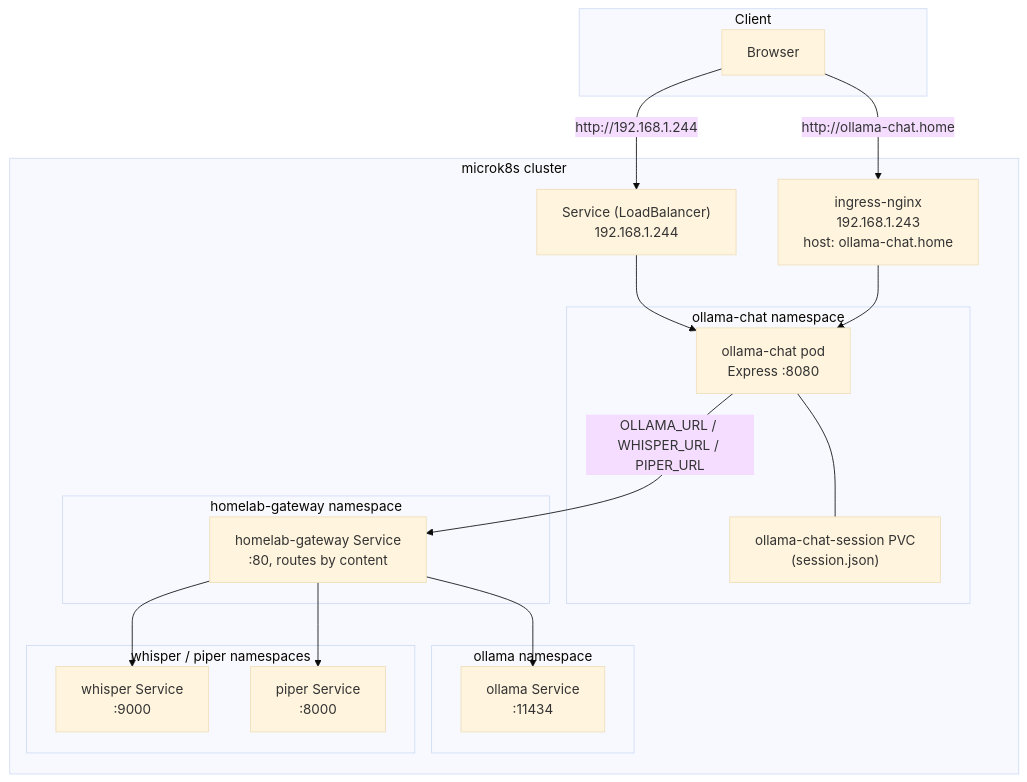
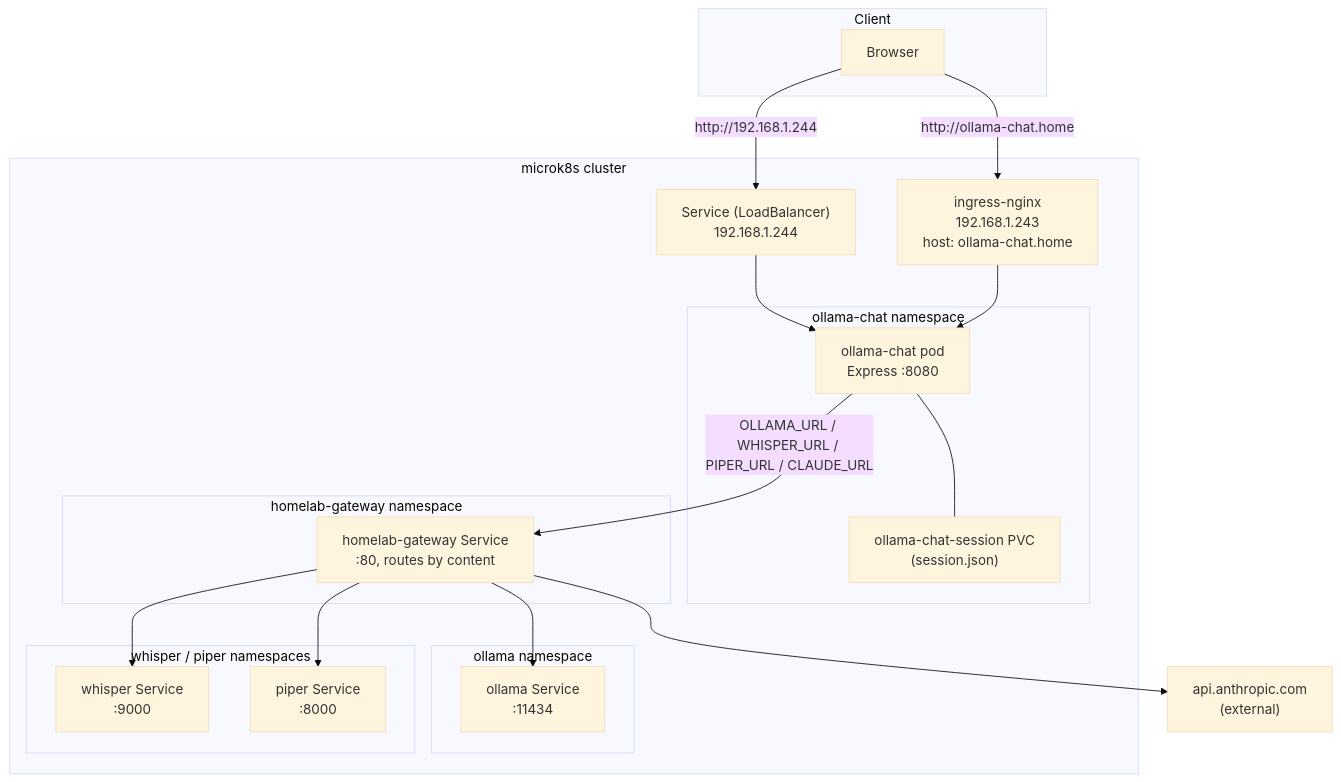
The diagram in docs/architecture.md (koydas/ollama-chat), drawn with Mermaid (base theme) before and after one commit. The commit also changed other lines of this file and 15 other files, not shown here.

````diff
--- a/docs/architecture.md
+++ b/docs/architecture.md
@@ -32,31 +36,33 @@
 ```mermaid
 flowchart TB
     subgraph Client
         Browser
     end
     subgraph "microk8s cluster"
         subgraph "ollama-chat namespace"
             Pod["ollama-chat pod<br/>Express :8080"]
             PVC["ollama-chat-session PVC<br/>(session.json)"]
             Pod --- PVC
         end
         subgraph "homelab-gateway namespace"
             GatewaySvc["homelab-gateway Service<br/>:80, routes by content"]
         end
         subgraph "ollama namespace"
             OllamaSvc["ollama Service<br/>:11434"]
         end
         subgraph "whisper / piper namespaces"
             WhisperSvc["whisper Service<br/>:9000"]
             PiperSvc["piper Service<br/>:8000"]
         end
         SvcLB["Service (LoadBalancer)<br/>192.168.1.244"]
         Ing["ingress-nginx<br/>192.168.1.243<br/>host: ollama-chat.home"]
     end
+    Anthropic["api.anthropic.com<br/>(external)"]
     Browser -->|http://192.168.1.244| SvcLB --> Pod
     Browser -->|http://ollama-chat.home| Ing --> Pod
-    Pod -->|OLLAMA_URL / WHISPER_URL / PIPER_URL| GatewaySvc
+    Pod -->|OLLAMA_URL / WHISPER_URL / PIPER_URL / CLAUDE_URL| GatewaySvc
     GatewaySvc --> OllamaSvc
     GatewaySvc --> WhisperSvc
     GatewaySvc --> PiperSvc
+    GatewaySvc --> Anthropic
 ```
````
